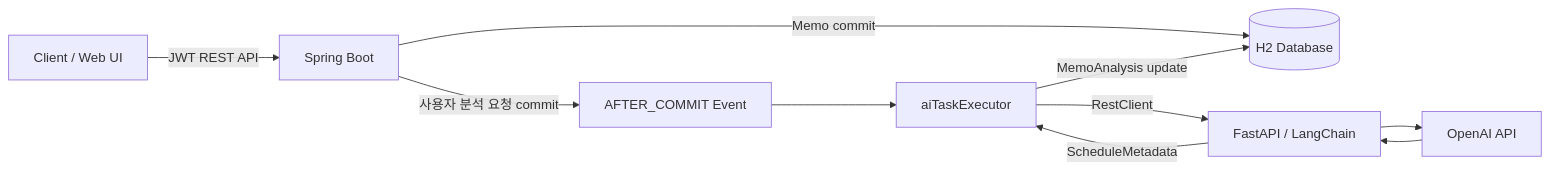
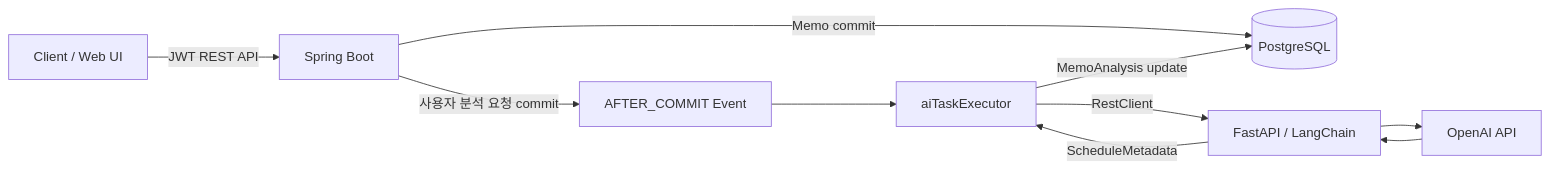
One commit to iamjanggeun/DoQuest changed the first of 2 diagrams in README.md. Above: the diagram before and after it, drawn with Mermaid. The commit also changed other lines of this file and 21 other files, not shown here.

Commit message:
feat: PostgreSQL 운영 DB 연동 및 장애 검증

````diff
--- a/README.md
+++ b/README.md
@@ -64,20 +67,20 @@
 ```mermaid
 flowchart LR
     Client[Client / Web UI]
     Spring[Spring Boot]
-    H2[(H2 Database)]
+    PostgreSQL[(PostgreSQL)]
     Event[AFTER_COMMIT Event]
     Worker[aiTaskExecutor]
     FastAPI[FastAPI / LangChain]
     OpenAI[OpenAI API]
 
     Client -->|JWT REST API| Spring
-    Spring -->|Memo commit| H2
+    Spring -->|Memo commit| PostgreSQL
     Spring -->|사용자 분석 요청 commit| Event
     Event --> Worker
     Worker -->|RestClient| FastAPI
     FastAPI --> OpenAI
     OpenAI --> FastAPI
     FastAPI -->|ScheduleMetadata| Worker
-    Worker -->|MemoAnalysis update| H2
+    Worker -->|MemoAnalysis update| PostgreSQL
 ```
````
